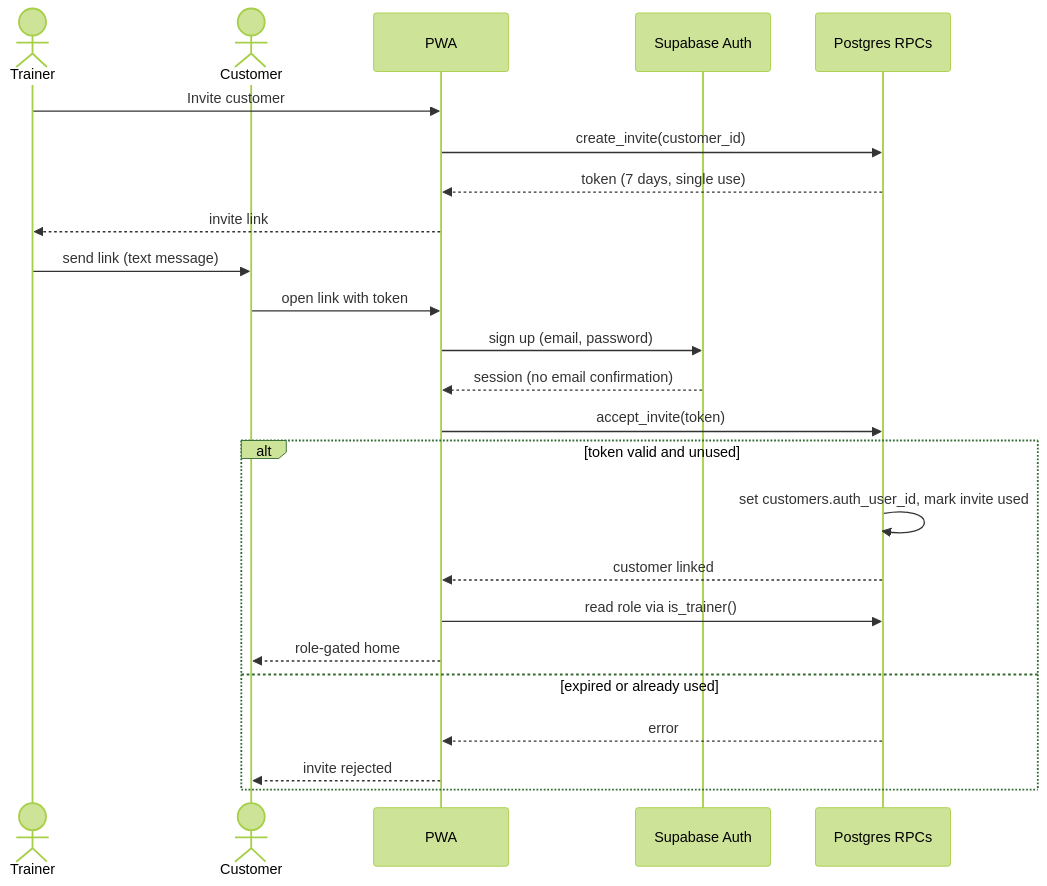
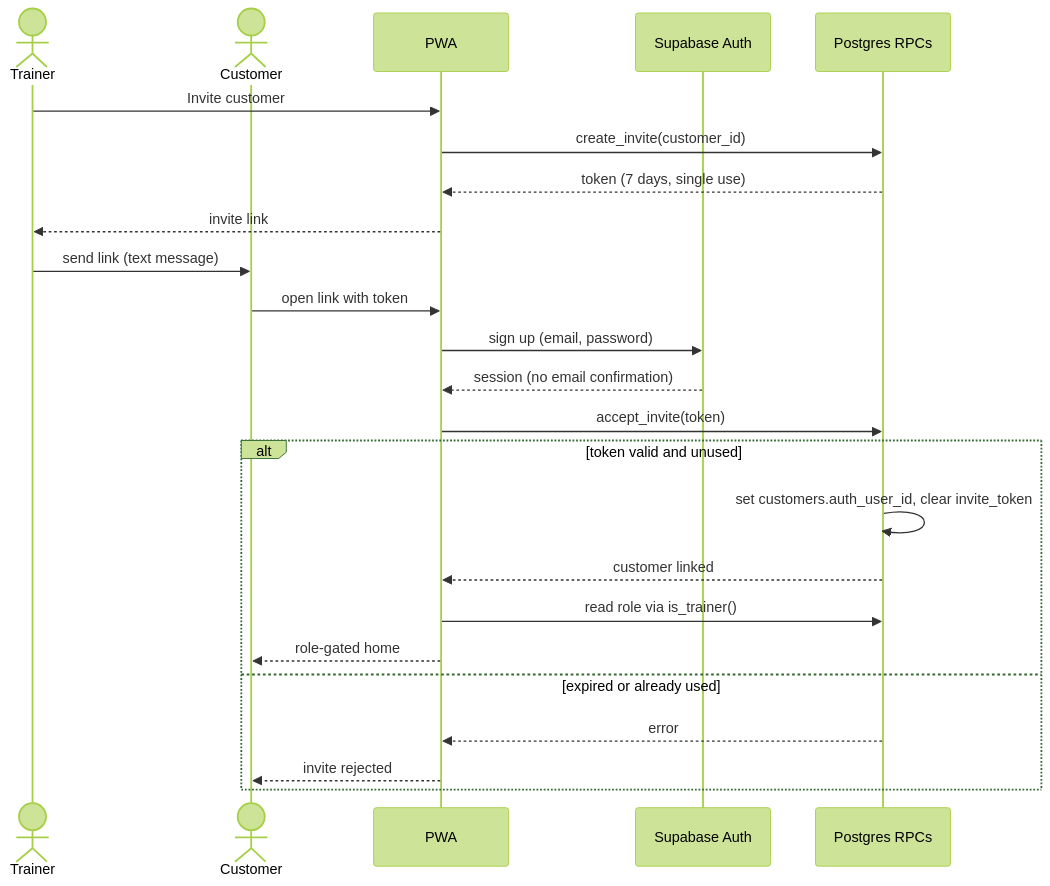
Before and after one commit to JasaGlazar/amrap: the diagram in docs/architecture/auth-invite-flow.md, drawn with Mermaid (forest theme). The commit also changed 9 other files, not shown here.

````diff
--- a/docs/architecture/auth-invite-flow.md
+++ b/docs/architecture/auth-invite-flow.md
@@ -10,27 +10,27 @@
 ```mermaid
 sequenceDiagram
     actor T as Trainer
     actor C as Customer
     participant App as PWA
     participant Auth as Supabase Auth
     participant DB as Postgres RPCs
 
     T->>App: Invite customer
     App->>DB: create_invite(customer_id)
     DB-->>App: token (7 days, single use)
     App-->>T: invite link
     T->>C: send link (text message)
     C->>App: open link with token
     App->>Auth: sign up (email, password)
     Auth-->>App: session (no email confirmation)
     App->>DB: accept_invite(token)
     alt token valid and unused
-        DB->>DB: set customers.auth_user_id, mark invite used
+        DB->>DB: set customers.auth_user_id, clear invite_token
         DB-->>App: customer linked
         App->>DB: read role via is_trainer()
         App-->>C: role-gated home
     else expired or already used
         DB-->>App: error
         App-->>C: invite rejected
     end
 ```
````
